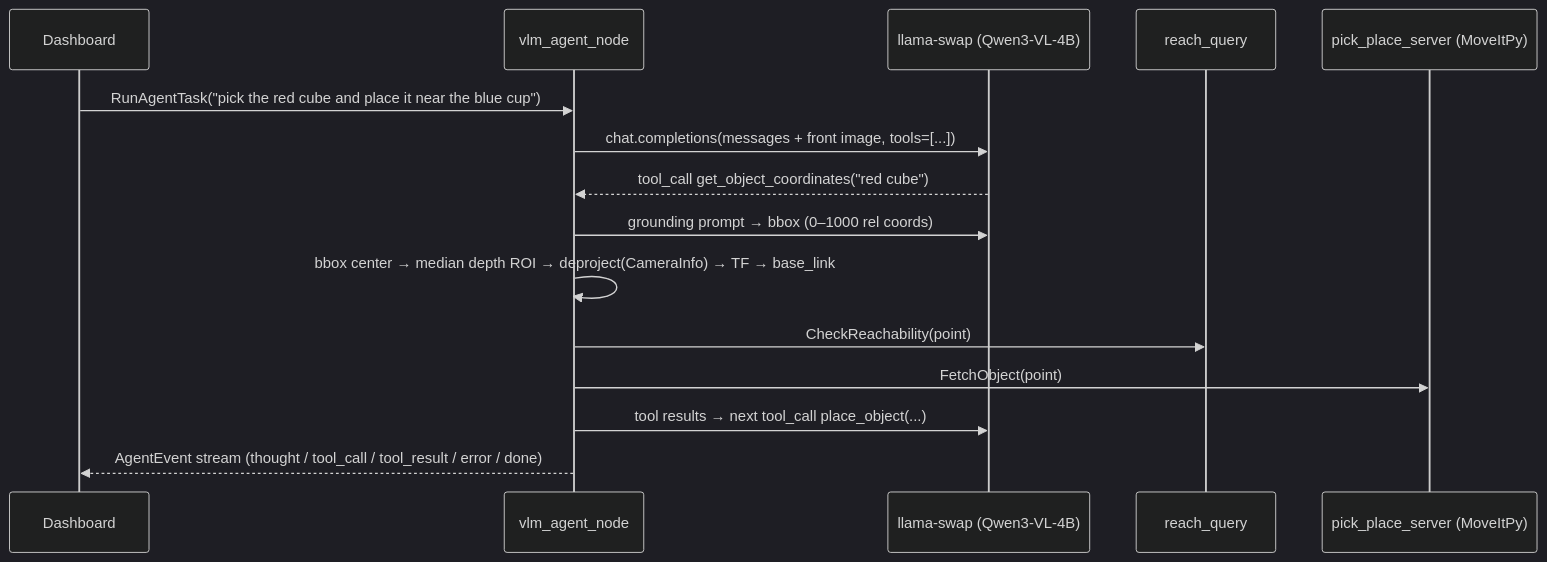
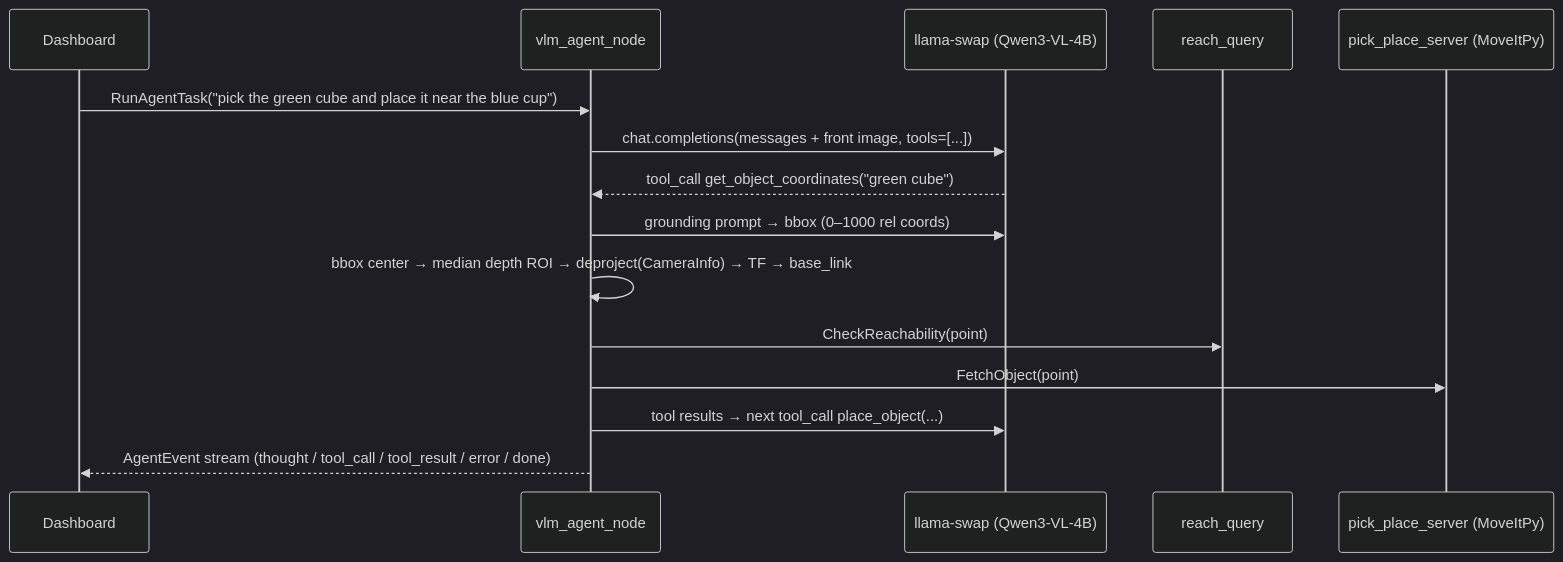
One commit to VIGNESHM-ENGR/CogniBot-Ros2-Vla changed the fourth of 6 diagrams in docs/ARCHITECTURE.md. Above: the diagram before and after it, drawn with Mermaid (dark theme). The commit also changed 22 other files, not shown here.

First line of the commit message:
feat(sim): add robot_color switch with red default and green cube

````diff
--- a/docs/ARCHITECTURE.md
+++ b/docs/ARCHITECTURE.md
@@ -156,17 +156,17 @@
 ```mermaid
 sequenceDiagram
   participant D as Dashboard
   participant A as vlm_agent_node
   participant L as llama-swap (Qwen3-VL-4B)
   participant R as reach_query
   participant P as pick_place_server (MoveItPy)
-  D->>A: RunAgentTask("pick the red cube and place it near the blue cup")
+  D->>A: RunAgentTask("pick the green cube and place it near the blue cup")
   A->>L: chat.completions(messages + front image, tools=[...])
-  L-->>A: tool_call get_object_coordinates("red cube")
+  L-->>A: tool_call get_object_coordinates("green cube")
   A->>L: grounding prompt → bbox (0–1000 rel coords)
   A->>A: bbox center → median depth ROI → deproject(CameraInfo) → TF → base_link
   A->>R: CheckReachability(point)
   A->>P: FetchObject(point)
   A->>L: tool results → next tool_call place_object(...)
   A-->>D: AgentEvent stream (thought / tool_call / tool_result / error / done)
 ```
````
